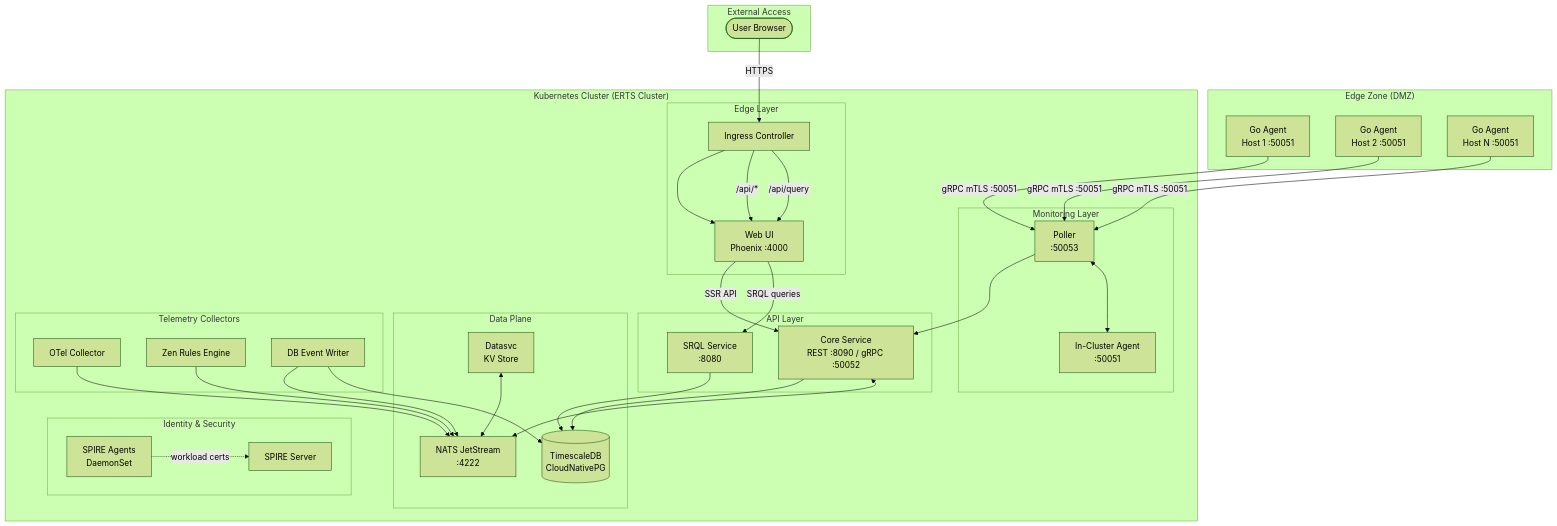
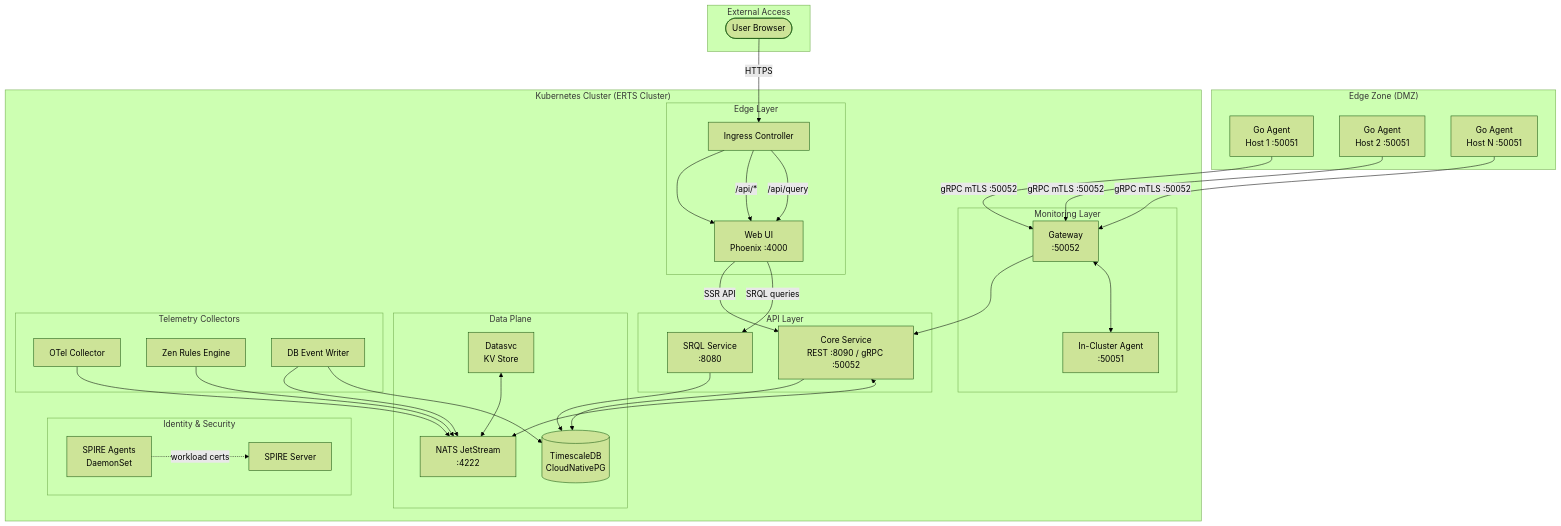
Before and after one commit to carverauto/serviceradar: the first of 7 diagrams in docs/docs/architecture.md, drawn with Mermaid (forest theme). The commit also changed other lines of this file and 118 other files, not shown here.

````diff
--- a/docs/docs/architecture.md
+++ b/docs/docs/architecture.md
@@ -12,76 +12,76 @@
 ```mermaid
 flowchart TB
     subgraph External["External Access"]
         User([User Browser])
     end
 
     subgraph EdgeZone["Edge Zone (DMZ)"]
         GA1[Go Agent<br/>Host 1 :50051]
         GA2[Go Agent<br/>Host 2 :50051]
         GAN[Go Agent<br/>Host N :50051]
     end
 
     subgraph Cluster["Kubernetes Cluster (ERTS Cluster)"]
         subgraph Ingress["Edge Layer"]
             ING[Ingress Controller]
             WEB[Web UI<br/>Phoenix :4000]
         end
 
         subgraph API["API Layer"]
             CORE[Core Service<br/>REST :8090 / gRPC :50052]
             SRQL[SRQL Service<br/>:8080]
         end
 
         subgraph Monitoring["Monitoring Layer"]
-            POLLER[Poller<br/>:50053]
+            GATEWAY[Gateway<br/>:50052]
             AGENT[In-Cluster Agent<br/>:50051]
         end
 
         subgraph DataPlane["Data Plane"]
             NATS[NATS JetStream<br/>:4222]
             DATASVC[Datasvc<br/>KV Store]
             CNPG[(TimescaleDB<br/>CloudNativePG)]
         end
 
         subgraph Collectors["Telemetry Collectors"]
             OTEL[OTel Collector]
             ZEN[Zen Rules Engine]
             DBWRITER[DB Event Writer]
         end
 
         subgraph Identity["Identity & Security"]
             SPIRE[SPIRE Server]
             SPIREAGENT[SPIRE Agents<br/>DaemonSet]
         end
     end
 
     %% User traffic flow
     User -->|HTTPS| ING
     ING --> WEB
     ING -->|/api/*| WEB
     ING -->|/api/query| WEB
     WEB -->|SSR API| CORE
     WEB -->|SRQL queries| SRQL
 
     %% Edge agent flow - gRPC only, no ERTS
-    GA1 -->|gRPC mTLS :50051| POLLER
-    GA2 -->|gRPC mTLS :50051| POLLER
-    GAN -->|gRPC mTLS :50051| POLLER
+    GA1 -->|gRPC mTLS :50052| GATEWAY
+    GA2 -->|gRPC mTLS :50052| GATEWAY
+    GAN -->|gRPC mTLS :50052| GATEWAY
 
     %% Internal monitoring
-    POLLER --> CORE
-    POLLER <--> AGENT
+    GATEWAY --> CORE
+    GATEWAY <--> AGENT
 
     %% Data flow
     CORE --> CNPG
     SRQL --> CNPG
     CORE <--> NATS
     DATASVC <--> NATS
     OTEL --> NATS
     ZEN --> NATS
     DBWRITER --> NATS
     DBWRITER --> CNPG
 
     %% Identity (simplified - all services use SPIRE)
     SPIREAGENT -.->|workload certs| SPIRE
 ```
````
